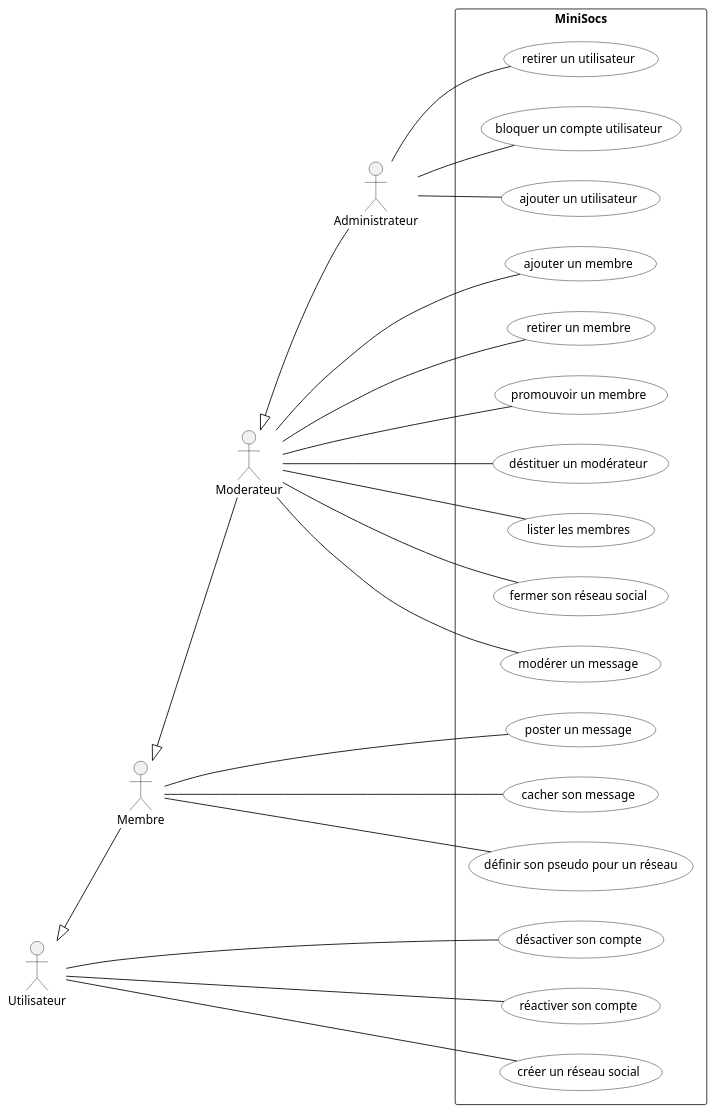
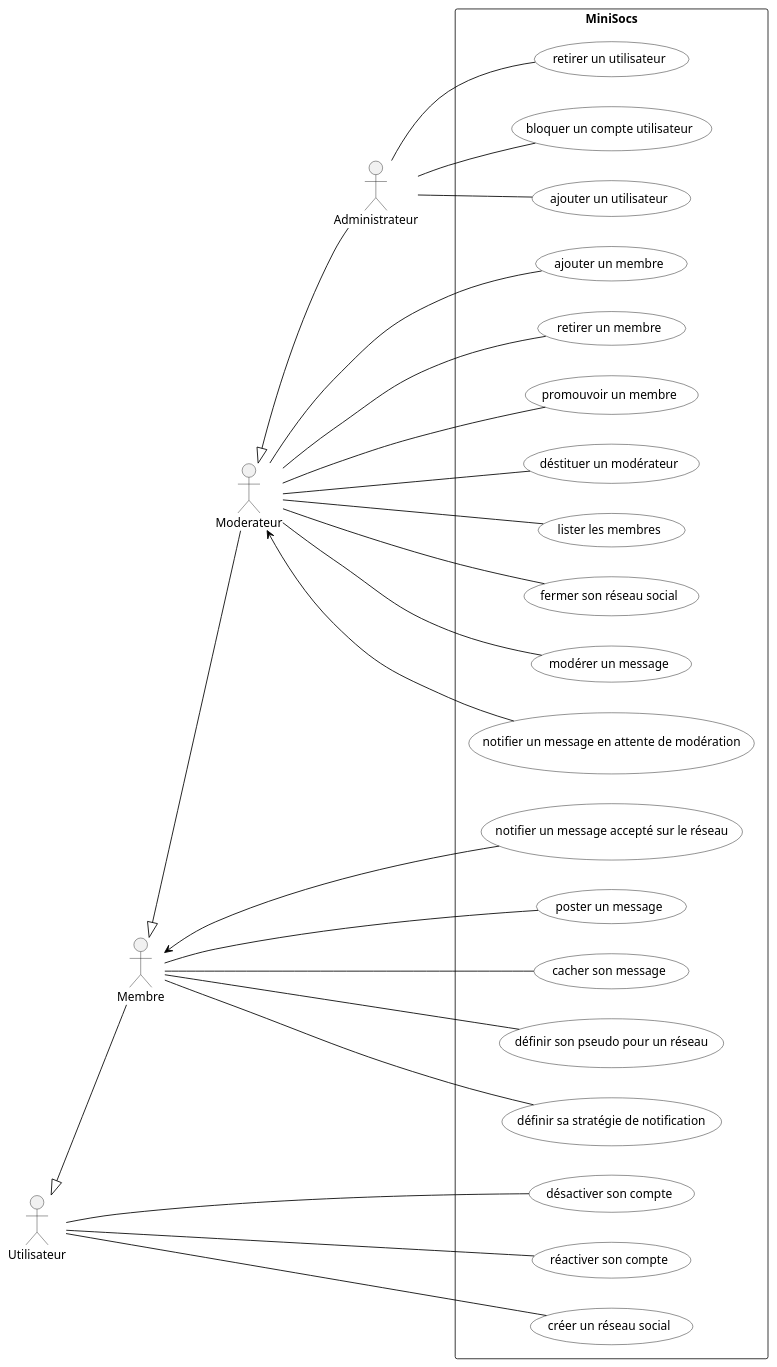
Before and after one commit to ThELud0/Minisocs: the diagram in Diagrammes/minisocs_uml_diag_cas_utilisation.pu, drawn with PlantUML. The commit also changed 3 other files, not shown here.

Commit message:
Mise à jour diagramme cas d'utilisation pour notif

```diff
--- a/Diagrammes/minisocs_uml_diag_cas_utilisation.pu
+++ b/Diagrammes/minisocs_uml_diag_cas_utilisation.pu
@@ -1,44 +1,47 @@
 @startuml
 
 'Diagramme de cas d'utilisation (PlantUML)'
 
 'Configuration charte graphique'
 skinparam usecase {
 BackgroundColor White
 BorderColor Black
 ArrowColor Black
 ActorBackgroundColor<< Human >> Gold
 }
 
 left to right direction
 
 'Déclaration des acteurs :'
 actor Administrateur
 actor Moderateur
 actor Membre
 actor Utilisateur
 Moderateur <|-- Administrateur
 Membre <|-- Moderateur
 Utilisateur <|-- Membre
 'Déclaration des cas d'utilisation dans le système'
 rectangle "MiniSocs" {
 
 :Administrateur: -- (bloquer un compte utilisateur) 
 :Administrateur: -- (ajouter un utilisateur) 
 :Administrateur: -- (retirer un utilisateur) 
 :Moderateur: -- (ajouter un membre) 
 :Moderateur: -- (retirer un membre) 
 :Moderateur: -- (promouvoir un membre) 
 :Moderateur: -- (déstituer un modérateur)
 :Moderateur: -- (lister les membres)
 :Moderateur: -- (fermer son réseau social) 
 :Moderateur: -- (modérer un message) 
+:Moderateur:    <-- (notifier un message en attente de modération)
 :Utilisateur:    -- (désactiver son compte) 
 :Utilisateur:    -- (réactiver son compte) 
+:Membre:    <-- (notifier un message accepté sur le réseau)
 :Membre:    -- (poster un message)
 :Membre:    -- (cacher son message) 
 :Membre:    -- (définir son pseudo pour un réseau) 
+:Membre:    -- (définir sa stratégie de notification) 
 :Utilisateur:    -- (créer un réseau social) 
 }
 
 @enduml
```
